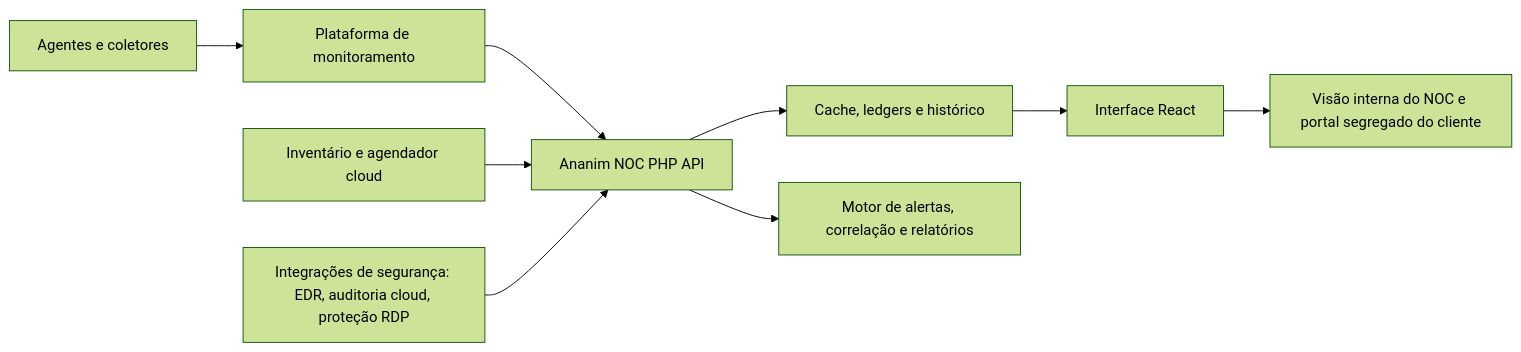
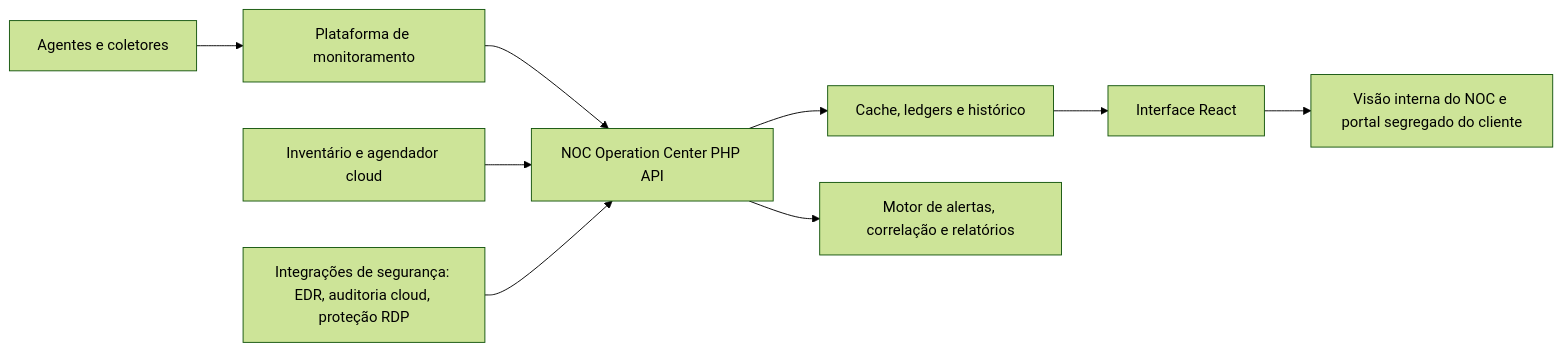
One commit to gsouzacloud/noc-operation-center-portfolio changed the second of 2 diagrams in ARCHITECTURE.md. Above: the diagram before and after it, drawn with Mermaid (forest theme). The commit also changed other lines of this file and 30 other files, not shown here.

Commit message:
Rename projects (NOC Operation Center, Cloud Report, Shield) and blur account names/brand in screenshots

````diff
--- a/ARCHITECTURE.md
+++ b/ARCHITECTURE.md
@@ -48,11 +48,11 @@
 ```mermaid
 flowchart LR
   A[Agentes e coletores] --> B[Plataforma de monitoramento]
-  B --> C[Ananim NOC PHP API]
+  B --> C[NOC Operation Center PHP API]
   D[Inventário e agendador cloud] --> C
   E[Integrações de segurança: EDR, auditoria cloud, proteção RDP] --> C
   C --> F[Cache, ledgers e histórico]
   F --> G[Interface React]
   C --> H[Motor de alertas, correlação e relatórios]
   G --> I[Visão interna do NOC e portal segregado do cliente]
 ```
````
